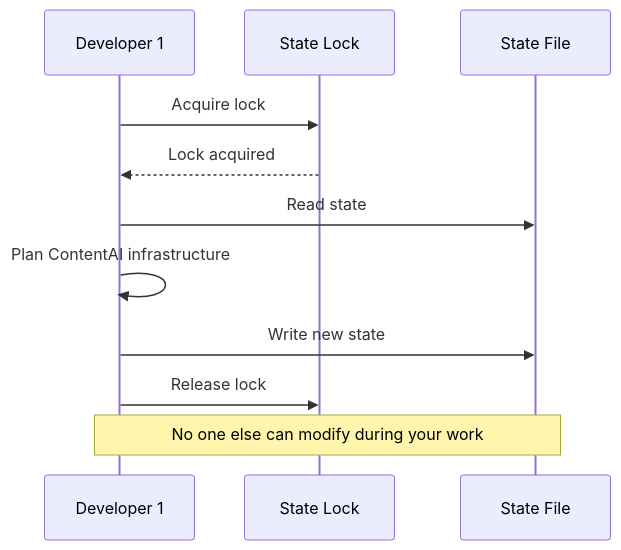
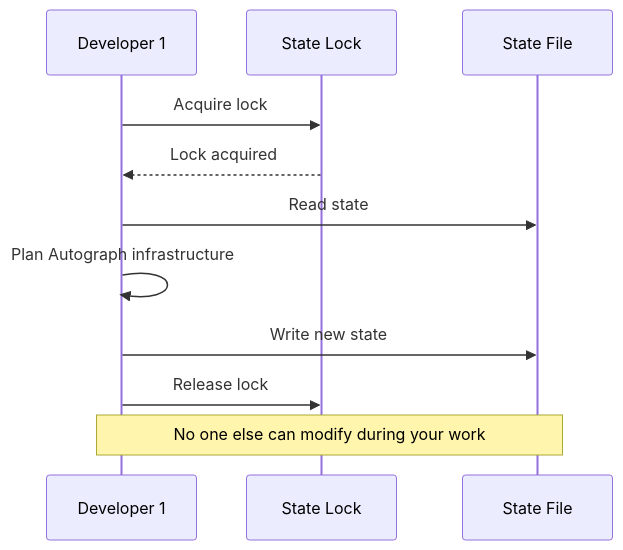
Before and after one commit to PearlThoughtsInternship/Internship-Obsidian-Vault: the third of 4 diagrams in DevOps/02-Engineering/02-Infrastructure-as-Code.md, drawn with Mermaid. The commit also changed other lines of this file and 4 other files, not shown here.

First line of the commit message:
rebrand: ContentAI → Autograph in Engineering & Platform docs

````diff
--- a/DevOps/02-Engineering/02-Infrastructure-as-Code.md
+++ b/DevOps/02-Engineering/02-Infrastructure-as-Code.md
@@ -365,15 +365,15 @@
 ```mermaid
 sequenceDiagram
     participant You as Developer 1
     participant Lock as State Lock
     participant State as State File
 
     You->>Lock: Acquire lock
     Lock-->>You: Lock acquired
     You->>State: Read state
-    You->>You: Plan ContentAI infrastructure
+    You->>You: Plan Autograph infrastructure
     You->>State: Write new state
     You->>Lock: Release lock
 
     Note over You,State: No one else can modify during your work
 ```
````
